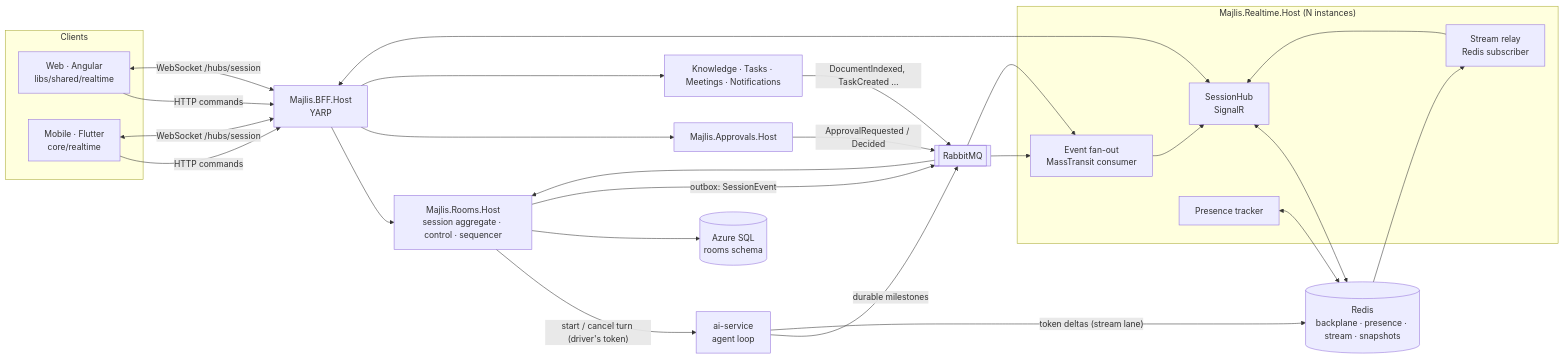
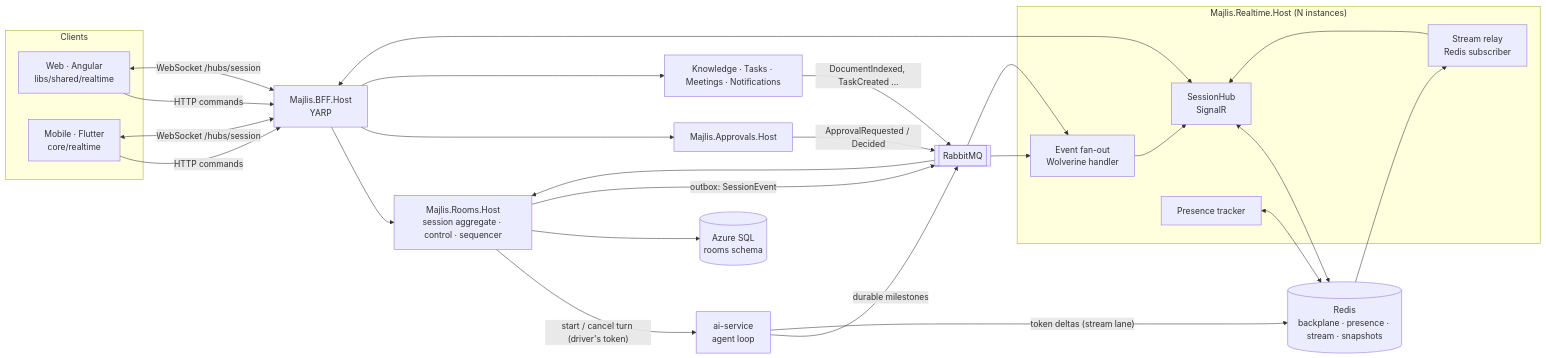
Before and after one commit to Alsllam/Majlis: the first of 3 diagrams in docs/architecture/realtime-collaboration.md, drawn with Mermaid. The commit also changed 48 other files, not shown here.

````diff
--- a/docs/architecture/realtime-collaboration.md
+++ b/docs/architecture/realtime-collaboration.md
@@ -30,33 +30,33 @@
 ```mermaid
 flowchart LR
   subgraph Clients
     W[Web · Angular<br/>libs/shared/realtime]
     M[Mobile · Flutter<br/>core/realtime]
   end
   BFF[Majlis.BFF.Host<br/>YARP]
   subgraph Realtime["Majlis.Realtime.Host (N instances)"]
     HUB[SessionHub<br/>SignalR]
     PRS[Presence tracker]
-    FAN[Event fan-out<br/>MassTransit consumer]
+    FAN[Event fan-out<br/>Wolverine handler]
     STR[Stream relay<br/>Redis subscriber]
   end
   ROOMS[Majlis.Rooms.Host<br/>session aggregate · control · sequencer]
   APPR[Majlis.Approvals.Host]
   OTHER[Knowledge · Tasks · Meetings · Notifications]
   AI[ai-service<br/>agent loop]
   SQL[(Azure SQL<br/>rooms schema)]
   REDIS[(Redis<br/>backplane · presence · stream · snapshots)]
   MQ[[RabbitMQ]]
 
   W & M -- "HTTP commands" --> BFF --> ROOMS & APPR & OTHER
   W & M <-- "WebSocket /hubs/session" --> BFF <--> HUB
   ROOMS -- "start / cancel turn (driver's token)" --> AI
   ROOMS --> SQL
   ROOMS -- "outbox: SessionEvent" --> MQ --> FAN --> HUB
   APPR -- "ApprovalRequested / Decided" --> MQ --> ROOMS
   OTHER -- "DocumentIndexed, TaskCreated …" --> MQ --> FAN
   AI -- "durable milestones" --> MQ
   AI -- "token deltas (stream lane)" --> REDIS --> STR --> HUB
   HUB <--> REDIS
   PRS <--> REDIS
 ```
````
